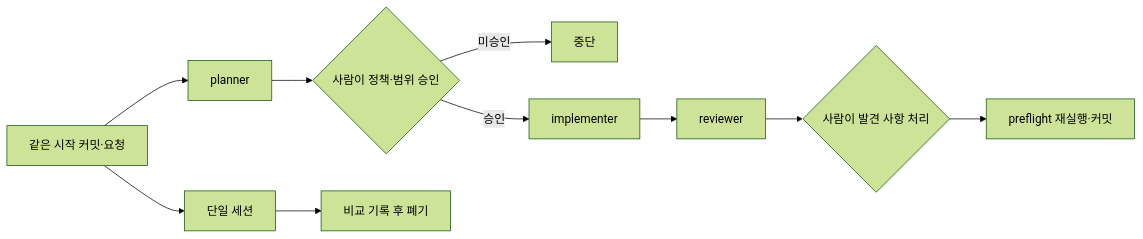
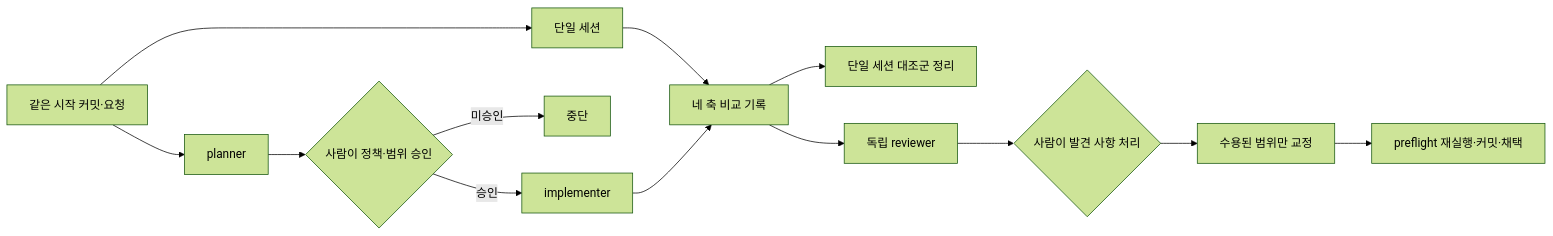
One commit to RainaKim/order-ops changed the diagram in labs/lecture17/README.md. Above: the diagram before and after it, drawn with Mermaid (forest theme). The commit also changed other lines of this file, not shown here.

Commit message:
docs: clarify lab 17 comparison flow

````diff
--- a/labs/lecture17/README.md
+++ b/labs/lecture17/README.md
@@ -51,12 +51,15 @@
 ```mermaid
 flowchart LR
   A[같은 시작 커밋·요청] --> B[단일 세션]
   A --> C[planner]
   C --> D{사람이 정책·범위 승인}
   D -- 미승인 --> X[중단]
   D -- 승인 --> E[implementer]
-  E --> F[reviewer]
-  F --> G{사람이 발견 사항 처리}
-  G --> H[preflight 재실행·커밋]
-  B --> I[비교 기록 후 폐기]
+  B --> G[네 축 비교 기록]
+  E --> G
+  G --> H[단일 세션 대조군 정리]
+  G --> F[독립 reviewer]
+  F --> I{사람이 발견 사항 처리}
+  I --> J[수용된 범위만 교정]
+  J --> K[preflight 재실행·커밋·채택]
 ```
````
